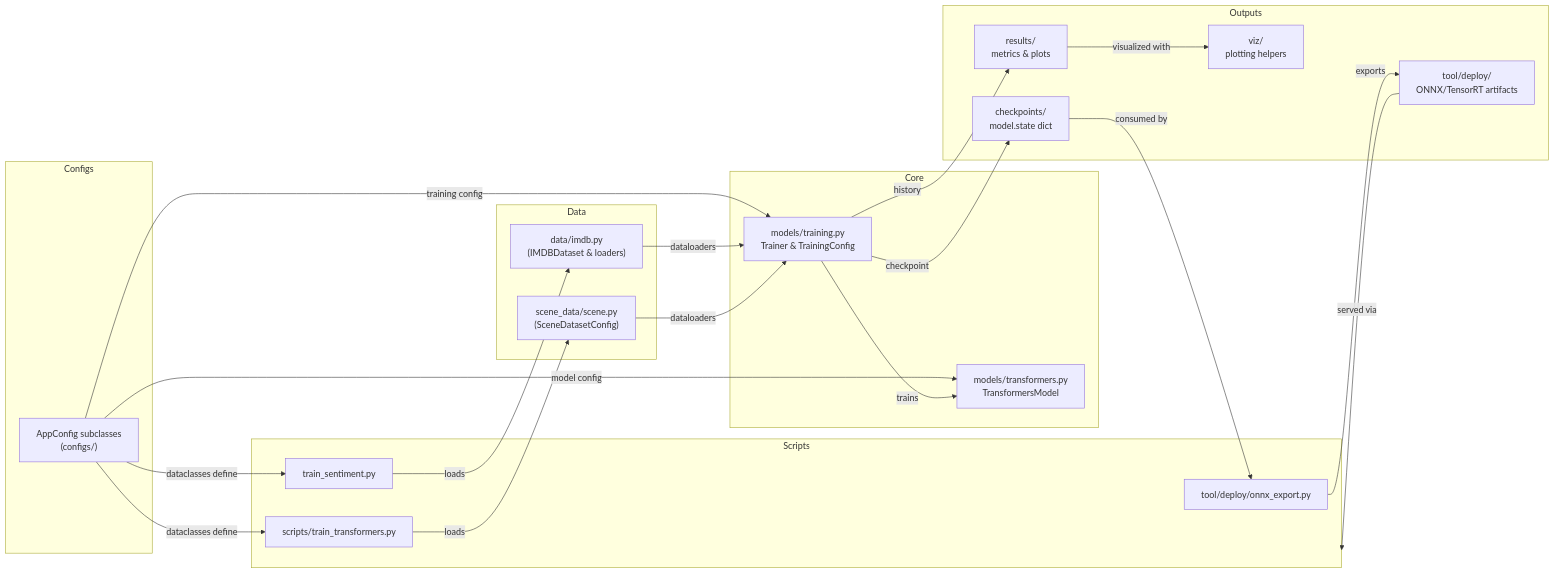
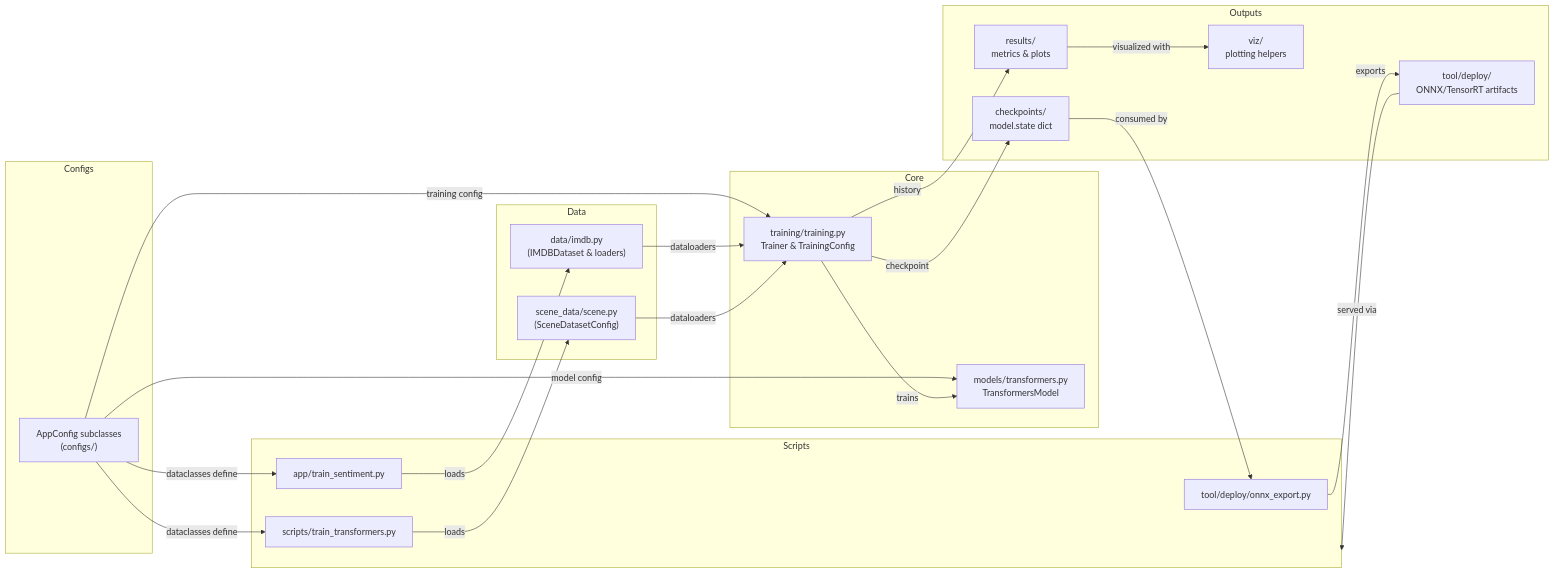
Before and after one commit to sujithsudhi/Transformers: the diagram in README.md, drawn with Mermaid. The commit also changed other lines of this file and 21 other files, not shown here.

````diff
--- a/README.md
+++ b/README.md
@@ -73,41 +74,41 @@
 ```mermaid
 flowchart LR
     subgraph Configs
         A["AppConfig subclasses\n(configs/)"]
     end
     subgraph Scripts
-        B["train_sentiment.py"]
+        B["app/train_sentiment.py"]
         C["scripts/train_transformers.py"]
         D["tool/deploy/onnx_export.py"]
     end
     subgraph Data
         E["data/imdb.py\n(IMDBDataset & loaders)"]
         F["scene_data/scene.py\n(SceneDatasetConfig)"]
     end
     subgraph Core
         G["models/transformers.py\nTransformersModel"]
-        H["models/training.py\nTrainer & TrainingConfig"]
+        H["training/training.py\nTrainer & TrainingConfig"]
     end
     subgraph Outputs
         I["results/\nmetrics & plots"]
         J["checkpoints/\nmodel.state dict"]
         K["tool/deploy/\nONNX/TensorRT artifacts"]
         L["viz/\nplotting helpers"]
     end
 
     A -- dataclasses define --> B
     A -- dataclasses define --> C
     A -- model config --> G
     A -- training config --> H
     B -- loads --> E
     C -- loads --> F
     E -- dataloaders --> H
     F -- dataloaders --> H
     H -- trains --> G
     H -- history --> I
     H -- checkpoint --> J
     J -- consumed by --> D
     D -- exports --> K
     I -- visualized with --> L
     K -- served via --> Scripts
 ```
````
